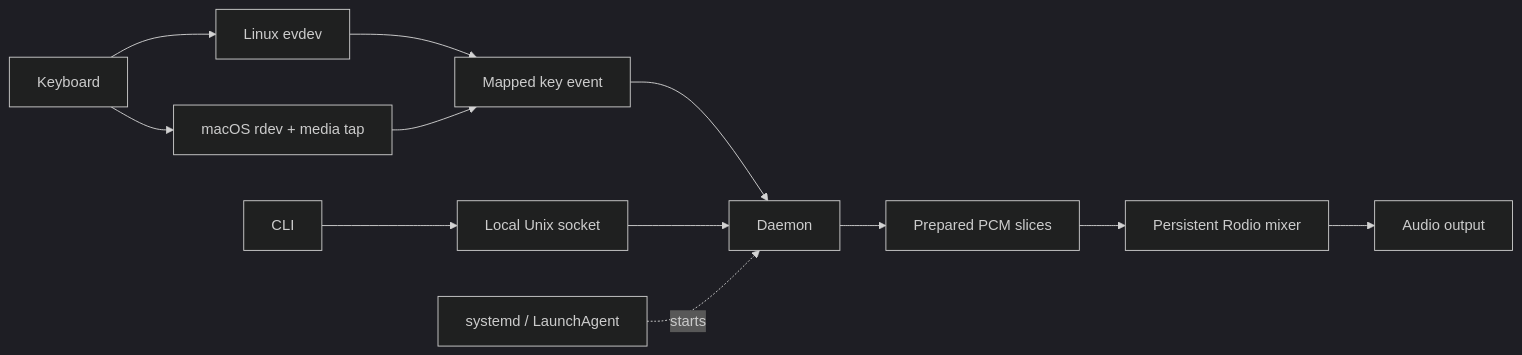
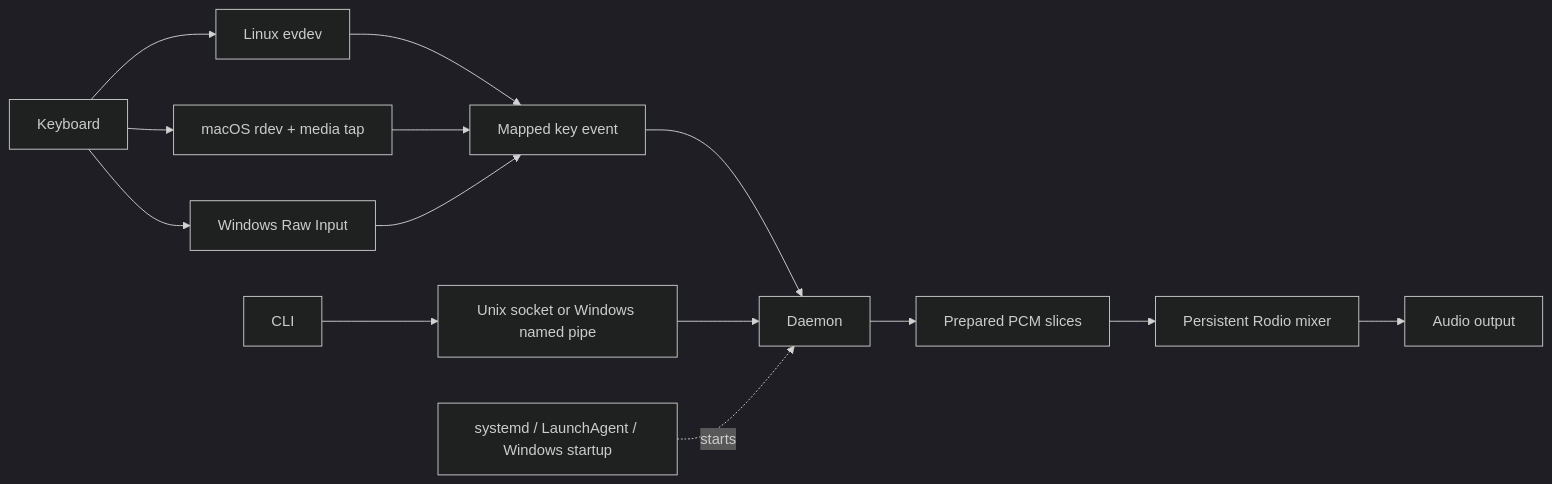
One commit to Muneer320/klicky changed the diagram in README.md. Above: the diagram before and after it, drawn with Mermaid (dark theme). The commit also changed other lines of this file and 14 other files, not shown here.

````diff
--- a/README.md
+++ b/README.md
@@ -276,11 +304,13 @@
 ```mermaid
 flowchart LR
   KEY[Keyboard] --> LINUX[Linux evdev]
   KEY --> MAC[macOS rdev + media tap]
+  KEY --> WIN[Windows Raw Input]
   LINUX --> EVENT[Mapped key event]
   MAC --> EVENT
+  WIN --> EVENT
   EVENT --> DAEMON[Daemon]
-  CLI[CLI] --> IPC[Local Unix socket] --> DAEMON
-  SERVICE[systemd / LaunchAgent] -. starts .-> DAEMON
+  CLI[CLI] --> IPC[Unix socket or Windows named pipe] --> DAEMON
+  SERVICE[systemd / LaunchAgent / Windows startup] -. starts .-> DAEMON
   DAEMON --> PCM[Prepared PCM slices] --> MIX[Persistent Rodio mixer] --> OUT[Audio output]
 ```
````
